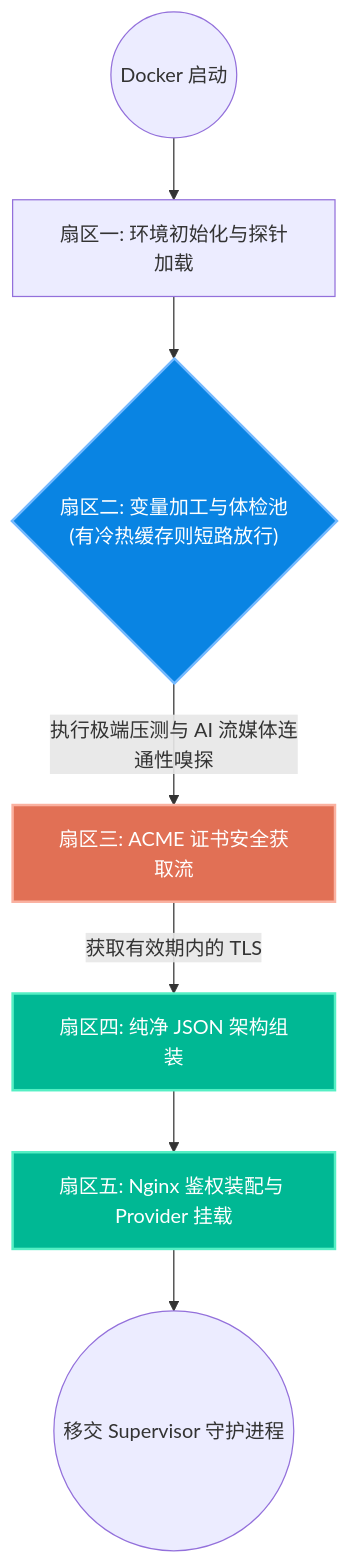
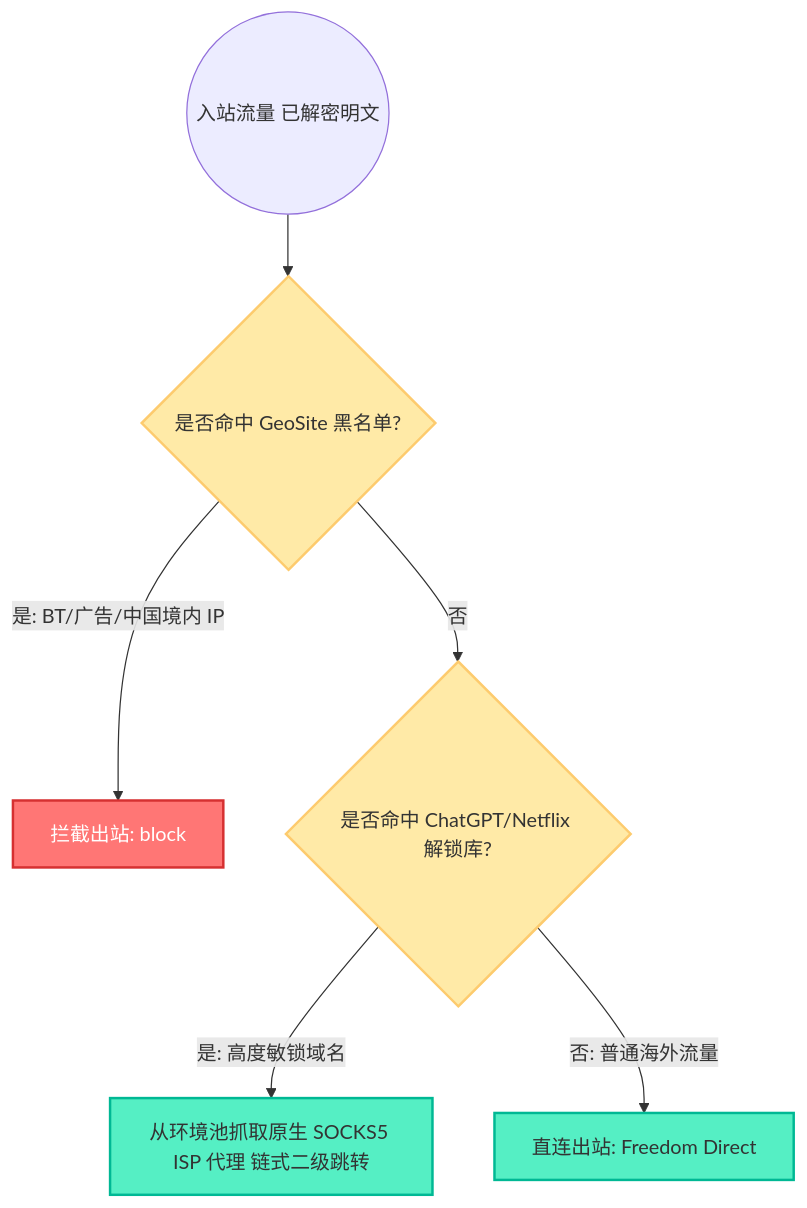
One commit to currycan/key changed the ninth of 9 diagrams in docker/sb-xray/docs/01-architecture-and-traffic.md. Above: the diagram before and after it, drawn with Mermaid. The commit also changed other lines of this file and 16 other files, not shown here.

````diff
--- a/docker/sb-xray/docs/01-architecture-and-traffic.md
+++ b/docker/sb-xray/docs/01-architecture-and-traffic.md
@@ -92,14 +429,14 @@
 ```mermaid
-graph TD
-    classDef vars fill:#0984e3,stroke:#74b9ff,stroke-width:2px,color:#fff;
-    classDef cert fill:#e17055,stroke:#fab1a0,stroke-width:2px,color:#fff;
-    classDef config fill:#00b894,stroke:#55efc4,stroke-width:2px,color:#fff;
+flowchart TD
+    classDef block fill:#ff7675,stroke:#d63031,stroke-width:2px,color:#fff
+    classDef pass fill:#55efc4,stroke:#00b894,stroke-width:2px,color:#333
+    classDef logic fill:#ffeaa7,stroke:#fdcb6e,stroke-width:2px,color:#333
 
-    Start((Docker 启动)) --> S1[扇区一: 环境初始化与探针加载]
-    S1 --> S2{"扇区二: 变量加工与体检池<br>(有冷热缓存则短路放行)"}:::vars
-    S2 -->|执行极端压测与 AI 流媒体连通性嗅探| S3[扇区三: ACME 证书安全获取流]:::cert
-    
-    S3 -->|获取有效期内的 TLS| S4[扇区四: 纯净 JSON 架构组装]:::config
-    S4 --> S5[扇区五: Nginx 鉴权装配与 Provider 挂载]:::config
-    S5 --> Z((移交 Supervisor 守护进程))
+    In(("入站流量 已解密明文")) --> R1{"是否命中 GeoSite 黑名单?"}:::logic
+    R1 -- "是: BT/广告/中国境内 IP" --> Drop["拦截出站: block"]:::block
+
+    R1 -- "否" --> R2{"是否命中 ChatGPT/Netflix 解锁库?"}:::logic
+    R2 -- "是: 高度敏锁域名" --> Strategy["从环境池抓取原生 SOCKS5 ISP 代理 链式二级跳转"]:::pass
+
+    R2 -- "否: 普通海外流量" --> Out2["直连出站: Freedom Direct"]:::pass
 ```
````
